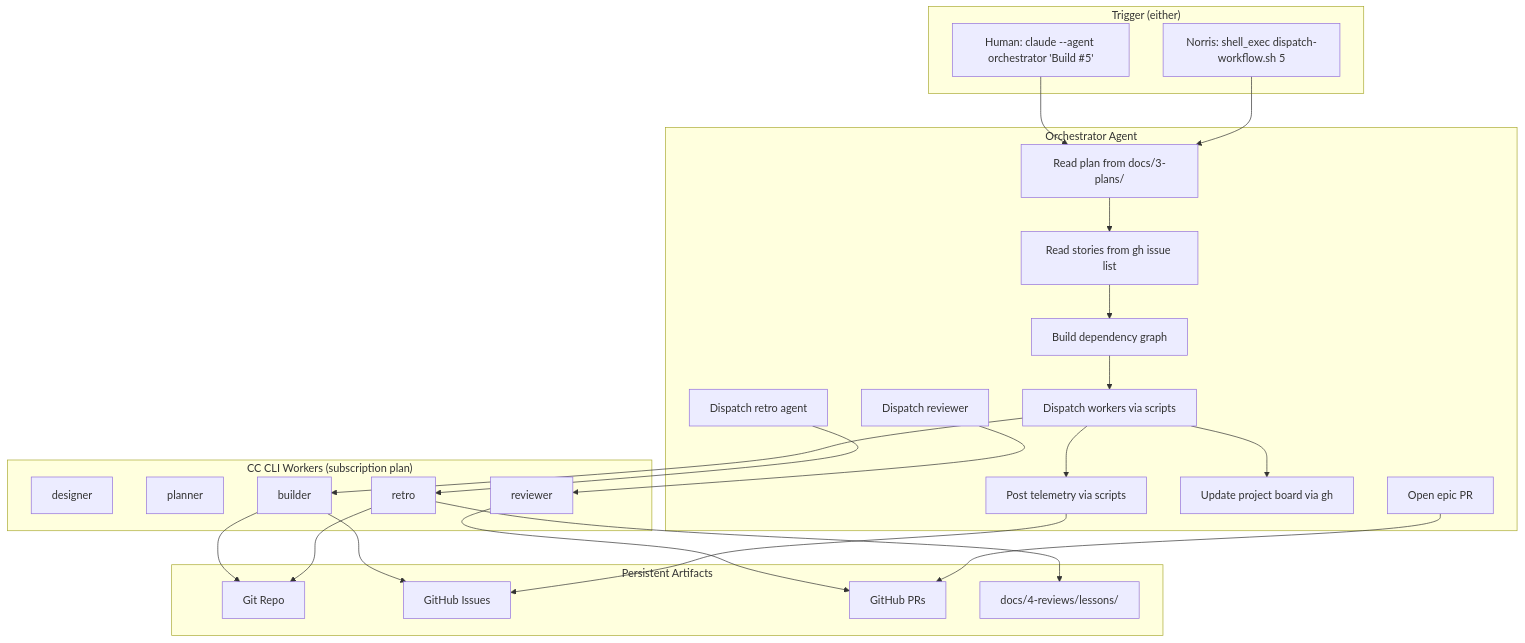
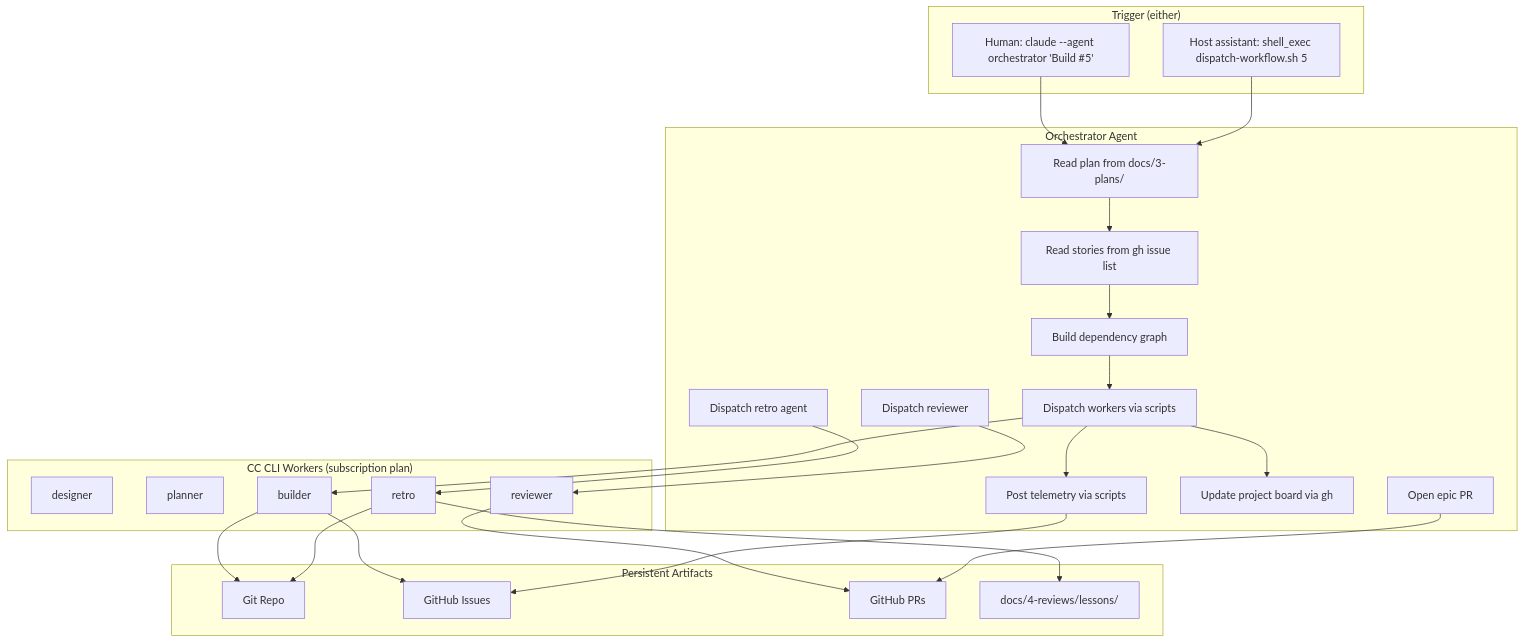
Before and after one commit to carlosboeing/agentic-sdlc-workflow: the second of 4 diagrams in docs/2-design/2026-03-09-agentic-sdlc-v2-design.md, drawn with Mermaid. The commit also changed other lines of this file and 11 other files, not shown here.

````diff
--- a/docs/2-design/2026-03-09-agentic-sdlc-v2-design.md
+++ b/docs/2-design/2026-03-09-agentic-sdlc-v2-design.md
@@ -110,52 +110,52 @@
 ```mermaid
 flowchart TD
     subgraph Trigger ["Trigger (either)"]
         HU[Human: claude --agent orchestrator 'Build #5']
-        NO[Norris: shell_exec dispatch-workflow.sh 5]
+        NO[Host assistant: shell_exec dispatch-workflow.sh 5]
     end
 
     subgraph Orchestrator ["Orchestrator Agent"]
         READ[Read plan from docs/3-plans/]
         ISSUES[Read stories from gh issue list]
         DEP[Build dependency graph]
         DISPATCH[Dispatch workers via scripts]
         TELEM[Post telemetry via scripts]
         BOARD[Update project board via gh]
         REVIEW[Dispatch reviewer]
         RETRO[Dispatch retro agent]
         PR[Open epic PR]
     end
 
     subgraph Workers ["CC CLI Workers (subscription plan)"]
         DES[designer]
         ARC[planner]
         BLD[builder]
         REV[reviewer]
         RET[retro]
     end
 
     subgraph Artifacts ["Persistent Artifacts"]
         REPO[Git Repo]
         GHI[GitHub Issues]
         GHP[GitHub PRs]
         LESSONS[docs/4-reviews/lessons/]
     end
 
     HU --> READ
     NO --> READ
     READ --> ISSUES
     ISSUES --> DEP
     DEP --> DISPATCH
     DISPATCH --> BLD
     BLD --> REPO
     BLD --> GHI
     DISPATCH --> TELEM
     TELEM --> GHI
     DISPATCH --> BOARD
     REVIEW --> REV
     REV --> GHP
     RETRO --> RET
     RET --> LESSONS
     RET --> REPO
     PR --> GHP
 ```
````
